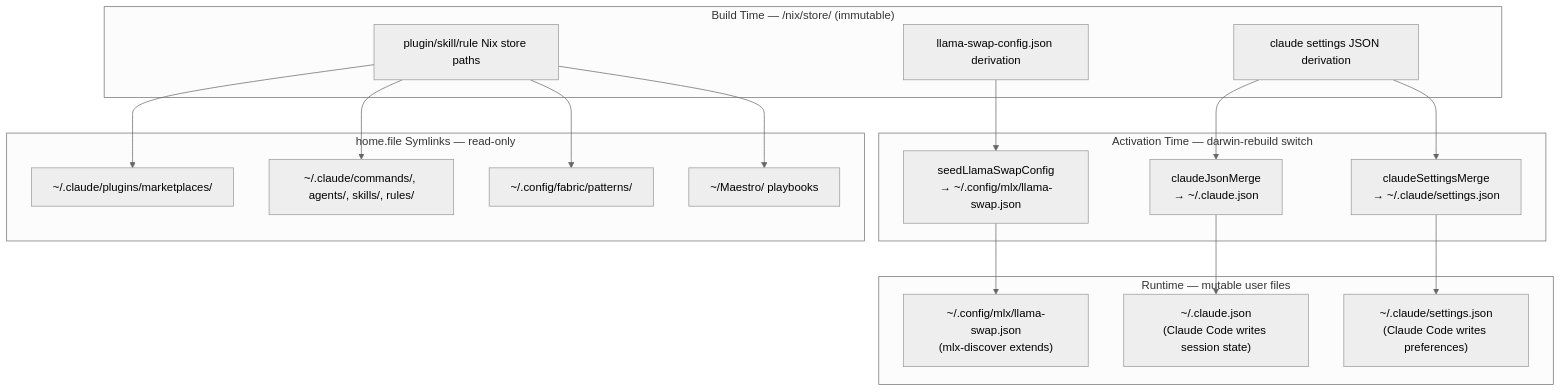
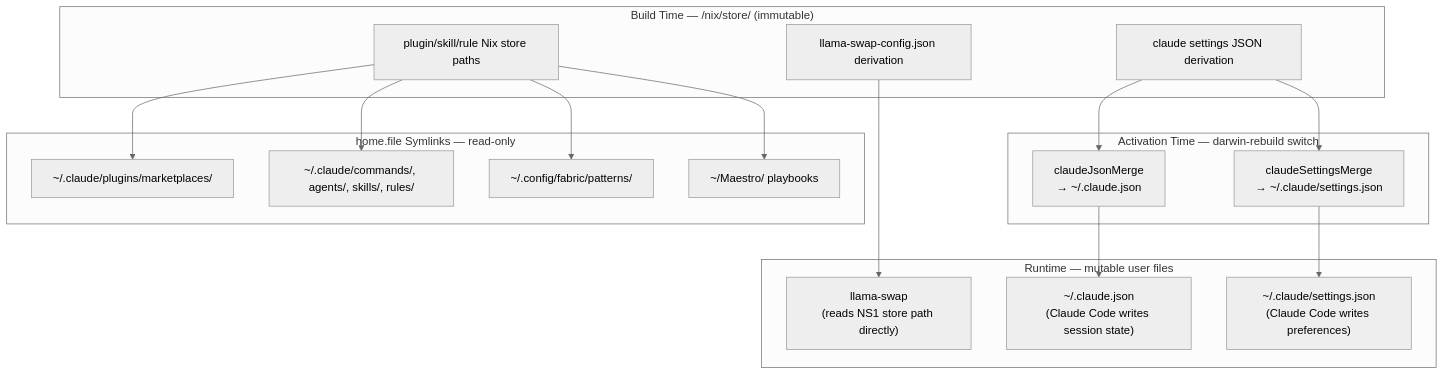
One commit to dryvist/nix-ai changed the second of 2 diagrams in docs/architecture/config-lifecycle.md. Above: the diagram before and after it, drawn with Mermaid (neutral theme). The commit also changed other lines of this file and 11 other files, not shown here.

First line of the commit message:
feat(mlx)!: replace discovery scanner with the native zero-config dynamic tier

````diff
--- a/docs/architecture/config-lifecycle.md
+++ b/docs/architecture/config-lifecycle.md
@@ -113,35 +114,34 @@
 ```mermaid
 graph TD
     subgraph BuildTime["Build Time — /nix/store/ (immutable)"]
         NS1["llama-swap-config.json derivation"]
         NS2["claude settings JSON derivation"]
         NS3["plugin/skill/rule Nix store paths"]
     end
 
     subgraph Activation["Activation Time — darwin-rebuild switch"]
-        A1["seedLlamaSwapConfig\n→ ~/.config/mlx/llama-swap.json"]
         A2["claudeJsonMerge\n→ ~/.claude.json"]
         A3["claudeSettingsMerge\n→ ~/.claude/settings.json"]
     end
 
     subgraph Runtime["Runtime — mutable user files"]
-        R1["~/.config/mlx/llama-swap.json\n(mlx-discover extends)"]
+        R1["llama-swap\n(reads NS1 store path directly)"]
         R2["~/.claude.json\n(Claude Code writes session state)"]
         R3["~/.claude/settings.json\n(Claude Code writes preferences)"]
     end
 
     subgraph Symlinks["home.file Symlinks — read-only"]
         S1["~/.claude/plugins/marketplaces/"]
         S2["~/.claude/commands/, agents/, skills/, rules/"]
         S3["~/.config/fabric/patterns/"]
         S4["~/Maestro/ playbooks"]
     end
 
-    NS1 --> A1 --> R1
+    NS1 --> R1
     NS2 --> A2 --> R2
     NS2 --> A3 --> R3
     NS3 --> S1
     NS3 --> S2
     NS3 --> S3
     NS3 --> S4
 ```
````
